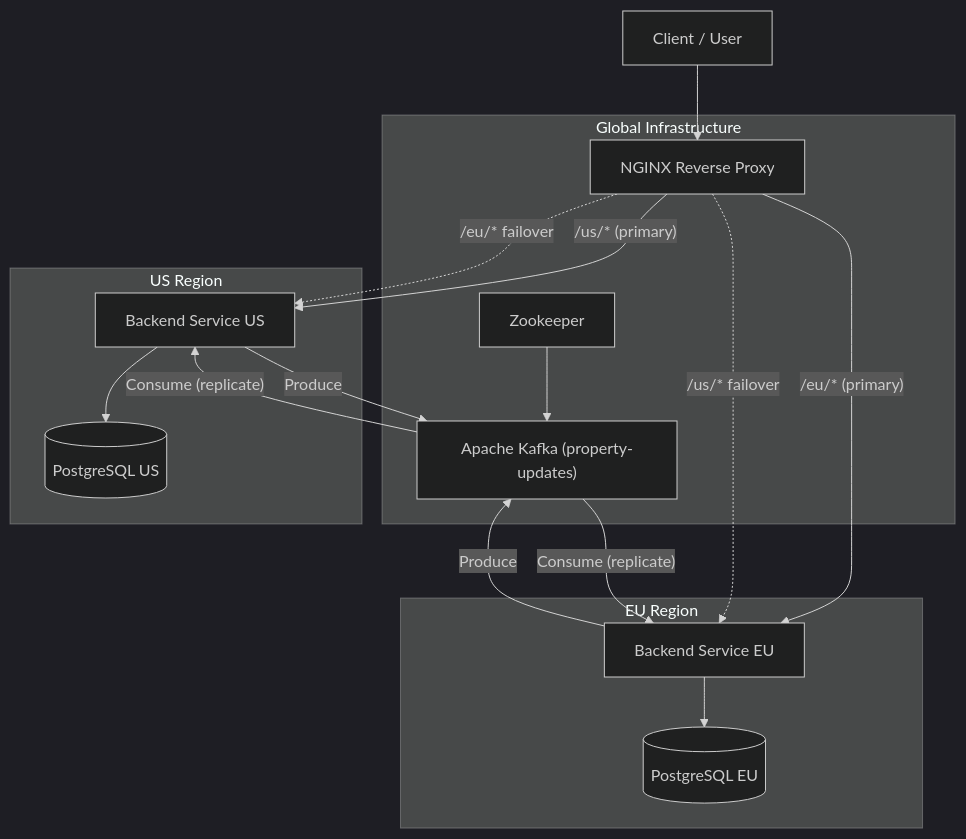
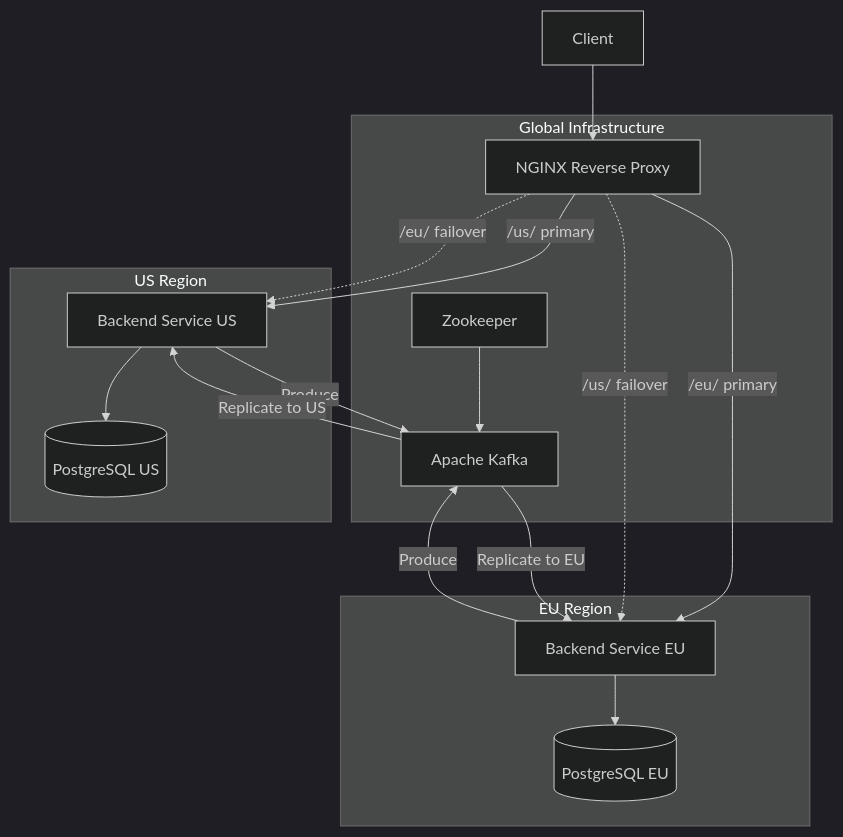
Before and after one commit to SivaGaneshv1729/geo-distributed-listings: the diagram in PROJECT_DOCUMENTATION.md, drawn with Mermaid (dark theme).

Commit message:
docs: fix mermaid parse error by removing parentheses from labels

````diff
--- a/PROJECT_DOCUMENTATION.md
+++ b/PROJECT_DOCUMENTATION.md
@@ -13,35 +13,35 @@
 ```mermaid
 graph TD
-    Client["Client / User"]
+    Client[Client]
 
-    subgraph Global["Global Infrastructure"]
-        Nginx["NGINX Reverse Proxy"]
-        Kafka["Apache Kafka (property-updates)"]
-        ZK["Zookeeper"]
+    subgraph Global[Global Infrastructure]
+        Nginx[NGINX Reverse Proxy]
+        Kafka[Apache Kafka]
+        ZK[Zookeeper]
         ZK --> Kafka
     end
 
-    subgraph US["US Region"]
-        BackendUS["Backend Service US"]
-        DB_US[("PostgreSQL US")]
+    subgraph US[US Region]
+        BackendUS[Backend Service US]
+        DB_US[(PostgreSQL US)]
     end
 
-    subgraph EU["EU Region"]
-        BackendEU["Backend Service EU"]
-        DB_EU[("PostgreSQL EU")]
+    subgraph EU[EU Region]
+        BackendEU[Backend Service EU]
+        DB_EU[(PostgreSQL EU)]
     end
 
     Client --> Nginx
-    Nginx -->|"/us/* (primary)"| BackendUS
-    Nginx -->|"/eu/* (primary)"| BackendEU
-    Nginx -.->|"/us/* failover"| BackendEU
-    Nginx -.->|"/eu/* failover"| BackendUS
+    Nginx -->|/us/ primary| BackendUS
+    Nginx -->|/eu/ primary| BackendEU
+    Nginx -.->|/us/ failover| BackendEU
+    Nginx -.->|/eu/ failover| BackendUS
 
     BackendUS --> DB_US
     BackendEU --> DB_EU
 
-    BackendUS -->|"Produce"| Kafka
-    BackendEU -->|"Produce"| Kafka
-    Kafka -->|"Consume (replicate)"| BackendUS
-    Kafka -->|"Consume (replicate)"| BackendEU
+    BackendUS -->|Produce| Kafka
+    BackendEU -->|Produce| Kafka
+    Kafka -->|Replicate to US| BackendUS
+    Kafka -->|Replicate to EU| BackendEU
 ```
````
